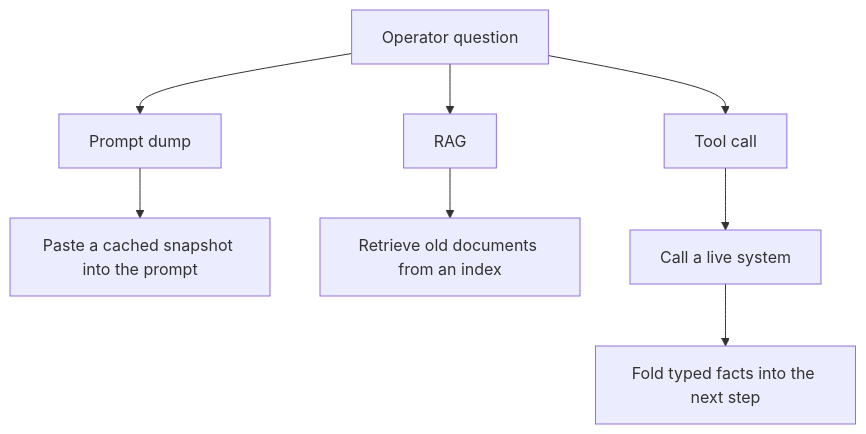
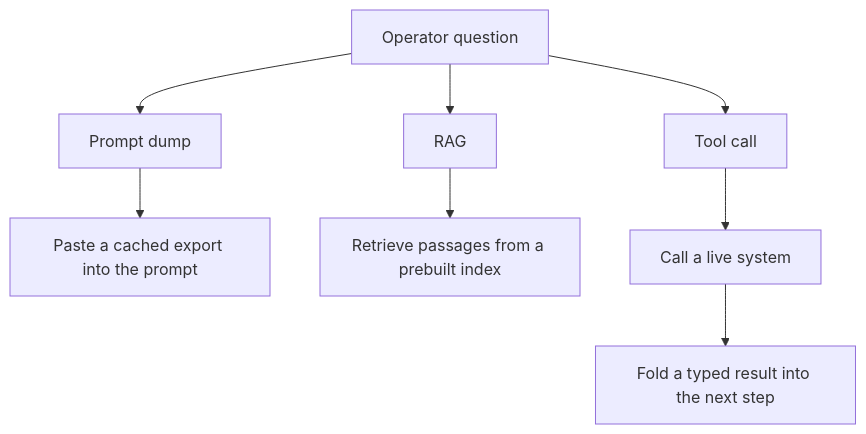
Before and after one commit to ivishalgandhi/blog-source: the diagram in blog/2026-10-03-dynamic-runtime-context.md, drawn with Mermaid. The commit also changed other lines of this file, not shown here.

````diff
--- a/blog/2026-10-03-dynamic-runtime-context.md
+++ b/blog/2026-10-03-dynamic-runtime-context.md
@@ -21,11 +19,11 @@
 ```mermaid
 flowchart TB
   Q[Operator question]
   Q --> A[Prompt dump]
   Q --> B[RAG]
   Q --> C[Tool call]
-  A --> A1[Paste a cached snapshot into the prompt]
-  B --> B1[Retrieve old documents from an index]
+  A --> A1[Paste a cached export into the prompt]
+  B --> B1[Retrieve passages from a prebuilt index]
   C --> C1[Call a live system]
-  C1 --> C2[Fold typed facts into the next step]
+  C1 --> C2[Fold a typed result into the next step]
 ```
````
